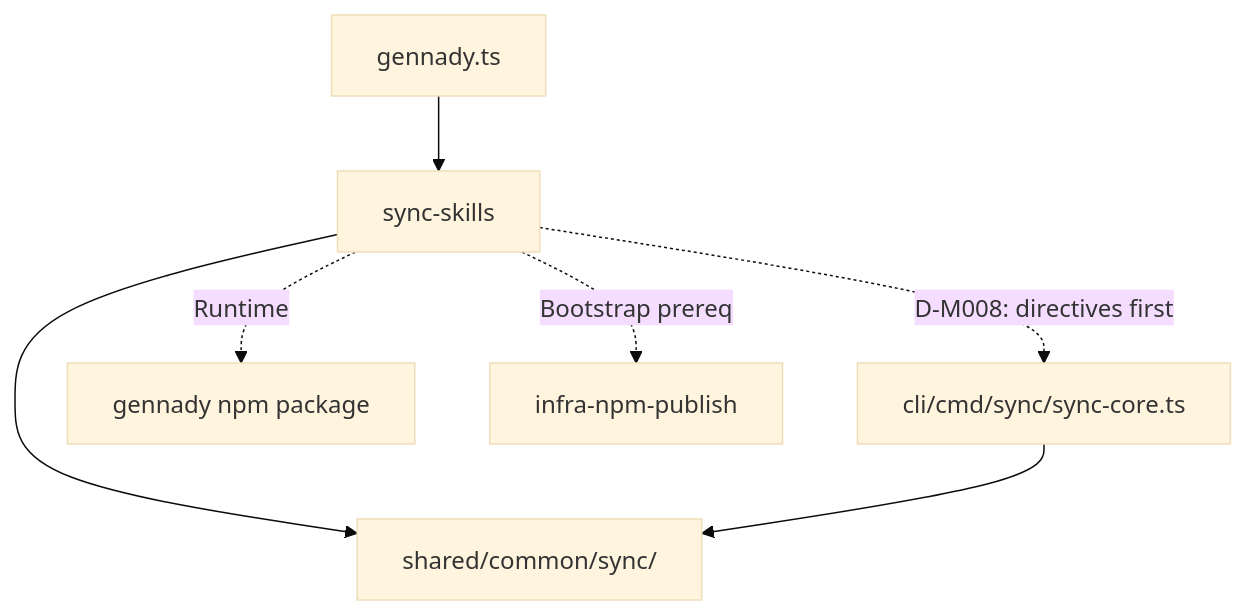
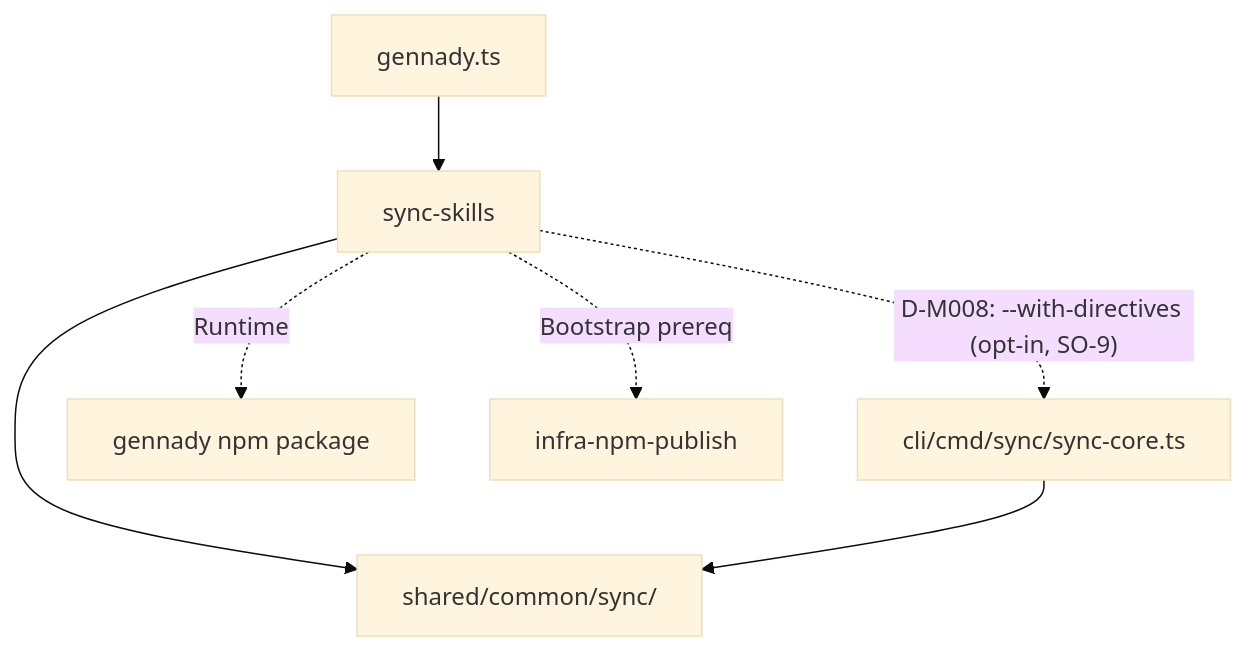
One commit to RubaXa/gennady changed the diagram in specs/cli/sync-skills/sync-skills.spec.md. Above: the diagram before and after it, drawn with Mermaid (base theme). The commit also changed other lines of this file and 4 other files, not shown here.

````diff
--- a/specs/cli/sync-skills/sync-skills.spec.md
+++ b/specs/cli/sync-skills/sync-skills.spec.md
@@ -357,9 +357,9 @@
 ```mermaid
 graph TD
     gennady.ts --> sync-skills
     sync-skills --> shared[shared/common/sync/]
     sync --> shared
-    sync-skills -. D-M008: directives first .-> sync[cli/cmd/sync/sync-core.ts]
+    sync-skills -. "D-M008: --with-directives (opt-in, SO-9)" .-> sync[cli/cmd/sync/sync-core.ts]
     sync-skills -. Runtime .-> npm-package[gennady npm package]
     sync-skills -. Bootstrap prereq .-> infra-npm-publish
 ```
````
